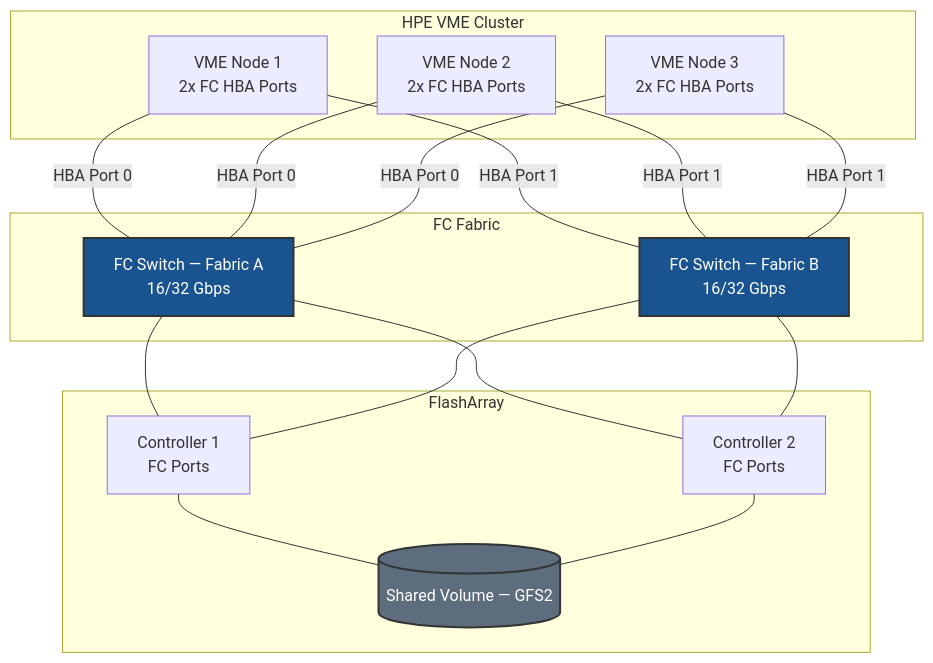
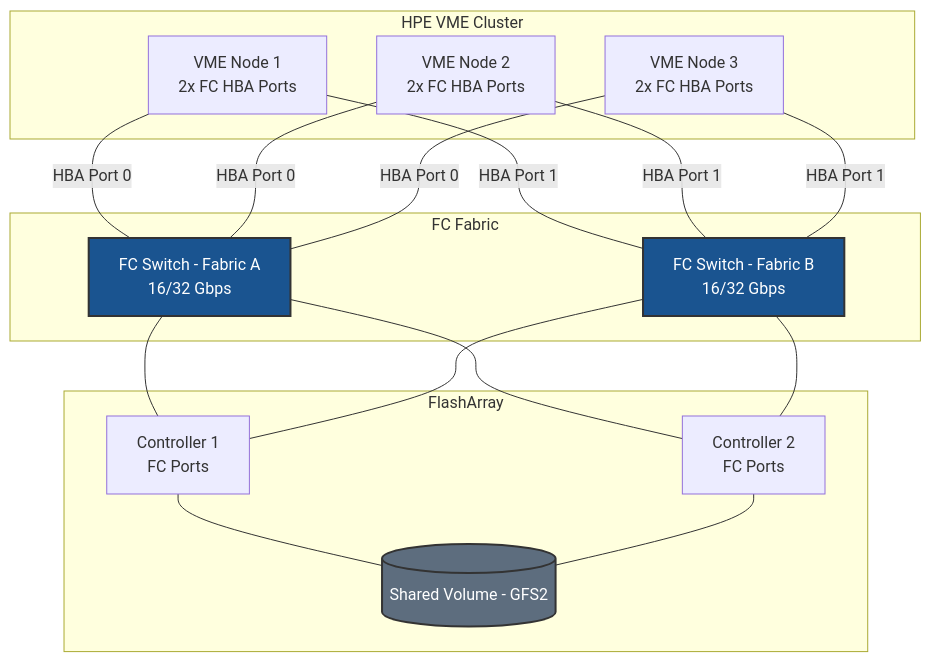
One commit to khensler/Quickstart-Guides changed the diagram in distributions/hpe-vme/fc/BEST-PRACTICES.md. Above: the diagram before and after it, drawn with Mermaid. The commit also changed other lines of this file and 12 other files, not shown here.

````diff
--- a/distributions/hpe-vme/fc/BEST-PRACTICES.md
+++ b/distributions/hpe-vme/fc/BEST-PRACTICES.md
@@ -30,38 +30,38 @@
 ```mermaid
 flowchart TB
     subgraph "HPE VME Cluster"
         NODE1[VME Node 1<br/>2x FC HBA Ports]
         NODE2[VME Node 2<br/>2x FC HBA Ports]
         NODE3[VME Node 3<br/>2x FC HBA Ports]
     end
 
     subgraph "FC Fabric"
-        SWA[FC Switch — Fabric A<br/>16/32 Gbps]
-        SWB[FC Switch — Fabric B<br/>16/32 Gbps]
+        SWA[FC Switch - Fabric A<br/>16/32 Gbps]
+        SWB[FC Switch - Fabric B<br/>16/32 Gbps]
     end
 
     subgraph "FlashArray"
         CTRL1[Controller 1<br/>FC Ports]
         CTRL2[Controller 2<br/>FC Ports]
-        LUN[(Shared Volume — GFS2)]
+        LUN[(Shared Volume - GFS2)]
     end
 
     NODE1 ---|HBA Port 0| SWA
     NODE1 ---|HBA Port 1| SWB
     NODE2 ---|HBA Port 0| SWA
     NODE2 ---|HBA Port 1| SWB
     NODE3 ---|HBA Port 0| SWA
     NODE3 ---|HBA Port 1| SWB
 
     SWA --- CTRL1
     SWA --- CTRL2
     SWB --- CTRL1
     SWB --- CTRL2
 
     CTRL1 --- LUN
     CTRL2 --- LUN
 
     style LUN fill:#5d6d7e,stroke:#333,stroke-width:2px,color:#fff
     style SWA fill:#1a5490,stroke:#333,stroke-width:2px,color:#fff
     style SWB fill:#1a5490,stroke:#333,stroke-width:2px,color:#fff
 ```
````
